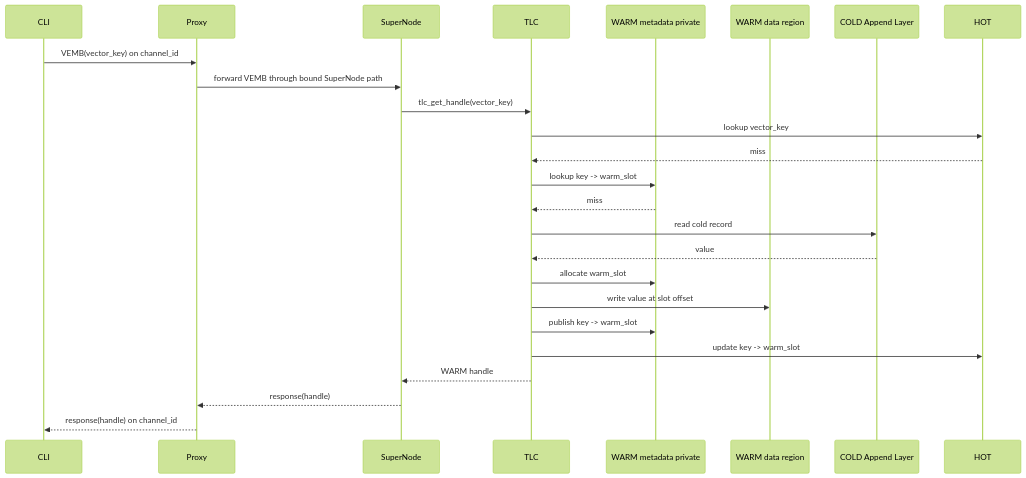
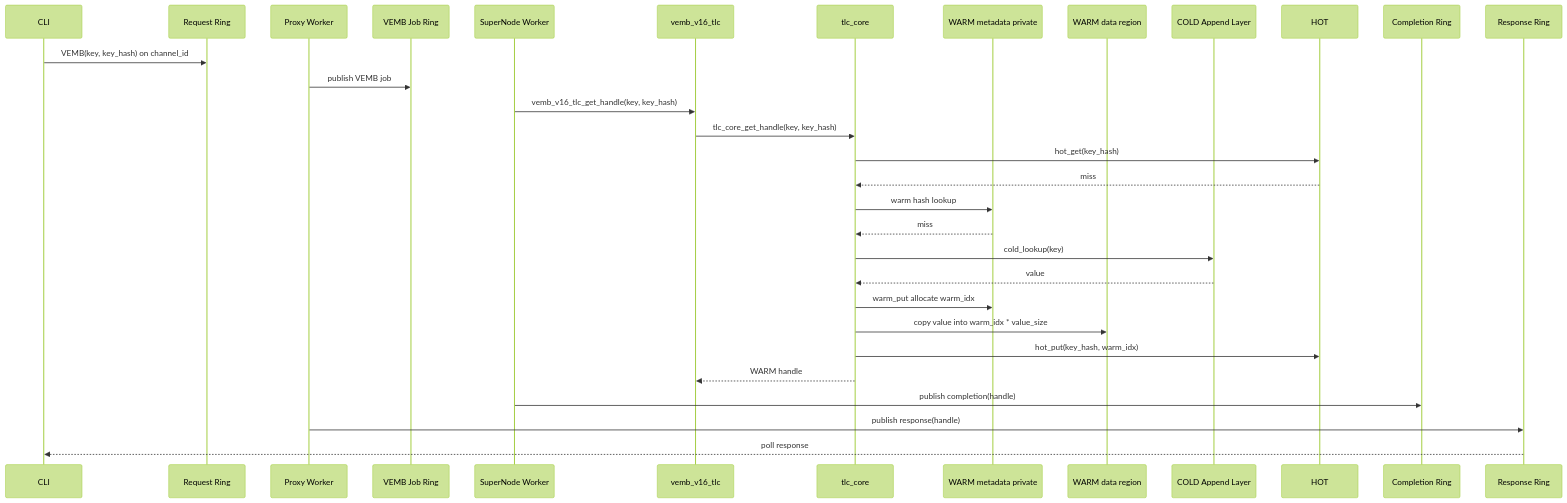
Before and after one commit to jialiuyu/redis: the sixth of 6 diagrams in docs/VEMB_V16_TLC_UB_SHARED_DATA_MODEL.md, drawn with Mermaid (forest theme). The commit also changed other lines of this file and 21 other files, not shown here.

Commit message:
feat: integrate vemb v16 tlc

````diff
--- a/docs/VEMB_V16_TLC_UB_SHARED_DATA_MODEL.md
+++ b/docs/VEMB_V16_TLC_UB_SHARED_DATA_MODEL.md
@@ -435,28 +548,34 @@
 ```mermaid
 sequenceDiagram
     participant CLI as CLI
-    participant P as Proxy
-    participant SN as SuperNode
-    participant TLC as TLC
+    participant RQ as Request Ring
+    participant P as Proxy Worker
+    participant JQ as VEMB Job Ring
+    participant SN as SuperNode Worker
+    participant TLC as vemb_v16_tlc
+    participant CORE as tlc_core
     participant WMETA as WARM metadata private
     participant WDATA as WARM data region
     participant COLD as COLD Append Layer
     participant HOT as HOT
+    participant CQ as Completion Ring
+    participant RS as Response Ring
 
-    CLI->>P: VEMB(vector_key) on channel_id
-    P->>SN: forward VEMB through bound SuperNode path
-    SN->>TLC: tlc_get_handle(vector_key)
-    TLC->>HOT: lookup vector_key
-    HOT-->>TLC: miss
-    TLC->>WMETA: lookup key -> warm_slot
-    WMETA-->>TLC: miss
-    TLC->>COLD: read cold record
-    COLD-->>TLC: value
-    TLC->>WMETA: allocate warm_slot
-    TLC->>WDATA: write value at slot offset
-    TLC->>WMETA: publish key -> warm_slot
-    TLC->>HOT: update key -> warm_slot
-    TLC-->>SN: WARM handle
-    SN-->>P: response(handle)
-    P-->>CLI: response(handle) on channel_id
+    CLI->>RQ: VEMB(key, key_hash) on channel_id
+    P->>JQ: publish VEMB job
+    SN->>TLC: vemb_v16_tlc_get_handle(key, key_hash)
+    TLC->>CORE: tlc_core_get_handle(key, key_hash)
+    CORE->>HOT: hot_get(key_hash)
+    HOT-->>CORE: miss
+    CORE->>WMETA: warm hash lookup
+    WMETA-->>CORE: miss
+    CORE->>COLD: cold_lookup(key)
+    COLD-->>CORE: value
+    CORE->>WMETA: warm_put allocate warm_idx
+    CORE->>WDATA: copy value into warm_idx * value_size
+    CORE->>HOT: hot_put(key_hash, warm_idx)
+    CORE-->>TLC: WARM handle
+    SN->>CQ: publish completion(handle)
+    P->>RS: publish response(handle)
+    RS-->>CLI: poll response
 ```
````
